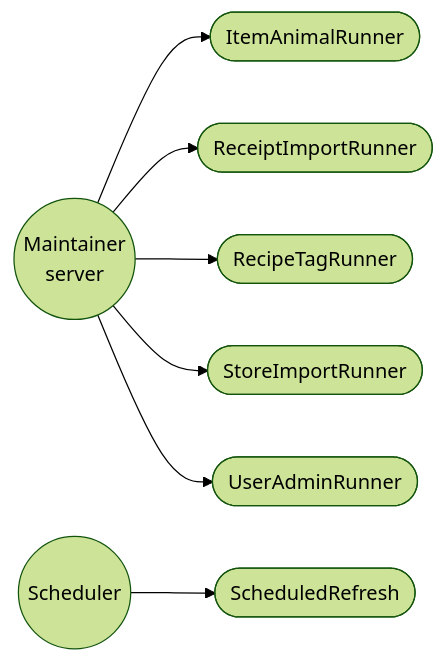
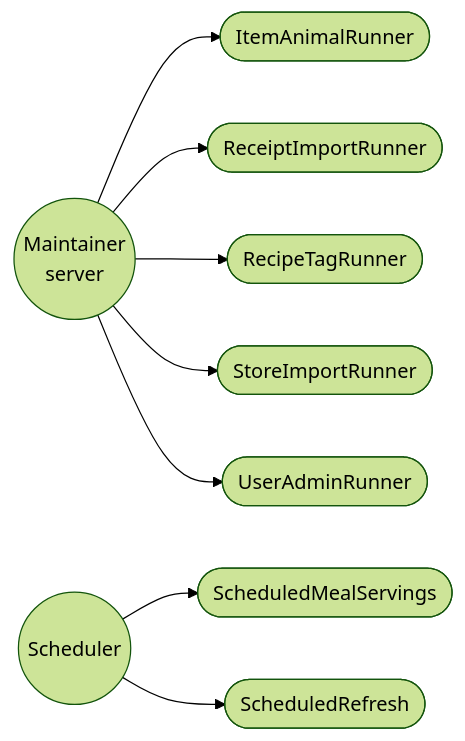
One commit to Nate-ryan-7690/dahaem changed the second of 2 diagrams in docs/USE_CASES.md. Above: the diagram before and after it, drawn with Mermaid (forest theme). The commit also changed other lines of this file and 4 other files, not shown here.

````diff
--- a/docs/USE_CASES.md
+++ b/docs/USE_CASES.md
@@ -110,10 +110,11 @@
 ```mermaid
 flowchart LR
     admin(("Maintainer<br/>server"))
     admin --> r0(["ItemAnimalRunner"])
     admin --> r1(["ReceiptImportRunner"])
     admin --> r2(["RecipeTagRunner"])
     admin --> r3(["StoreImportRunner"])
     admin --> r4(["UserAdminRunner"])
-    cron(("Scheduler")) --> s0(["ScheduledRefresh"])
+    cron(("Scheduler")) --> s0(["ScheduledMealServings"])
+    cron(("Scheduler")) --> s1(["ScheduledRefresh"])
 ```
````
